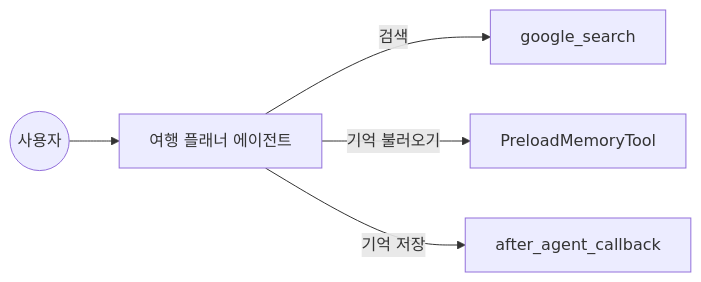
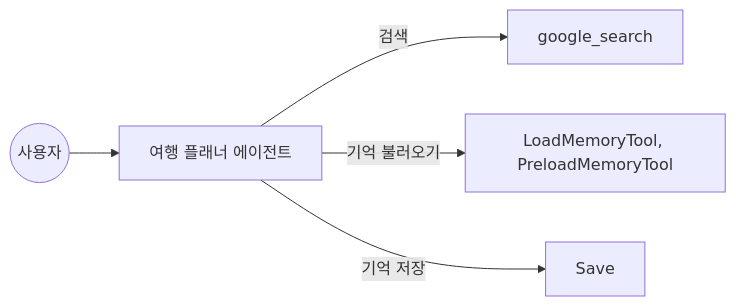
One commit to KennethanCeyer/build-with-agent changed the diagram in lab2/README.md. Above: the diagram before and after it, drawn with Mermaid. The commit also changed other lines of this file and 23 other files, not shown here.

````diff
--- a/lab2/README.md
+++ b/lab2/README.md
@@ -9,7 +9,7 @@
 ```mermaid
 graph LR
     User((사용자)) --> Agent[여행 플래너 에이전트]
     Agent -->|검색| Search[google_search]
-    Agent -->|기억 불러오기| Load[PreloadMemoryTool]
-    Agent -->|기억 저장| Save[after_agent_callback]
+    Agent -->|기억 불러오기| Load[LoadMemoryTool, PreloadMemoryTool]
+    Agent -->|기억 저장| Save
 ```
````
